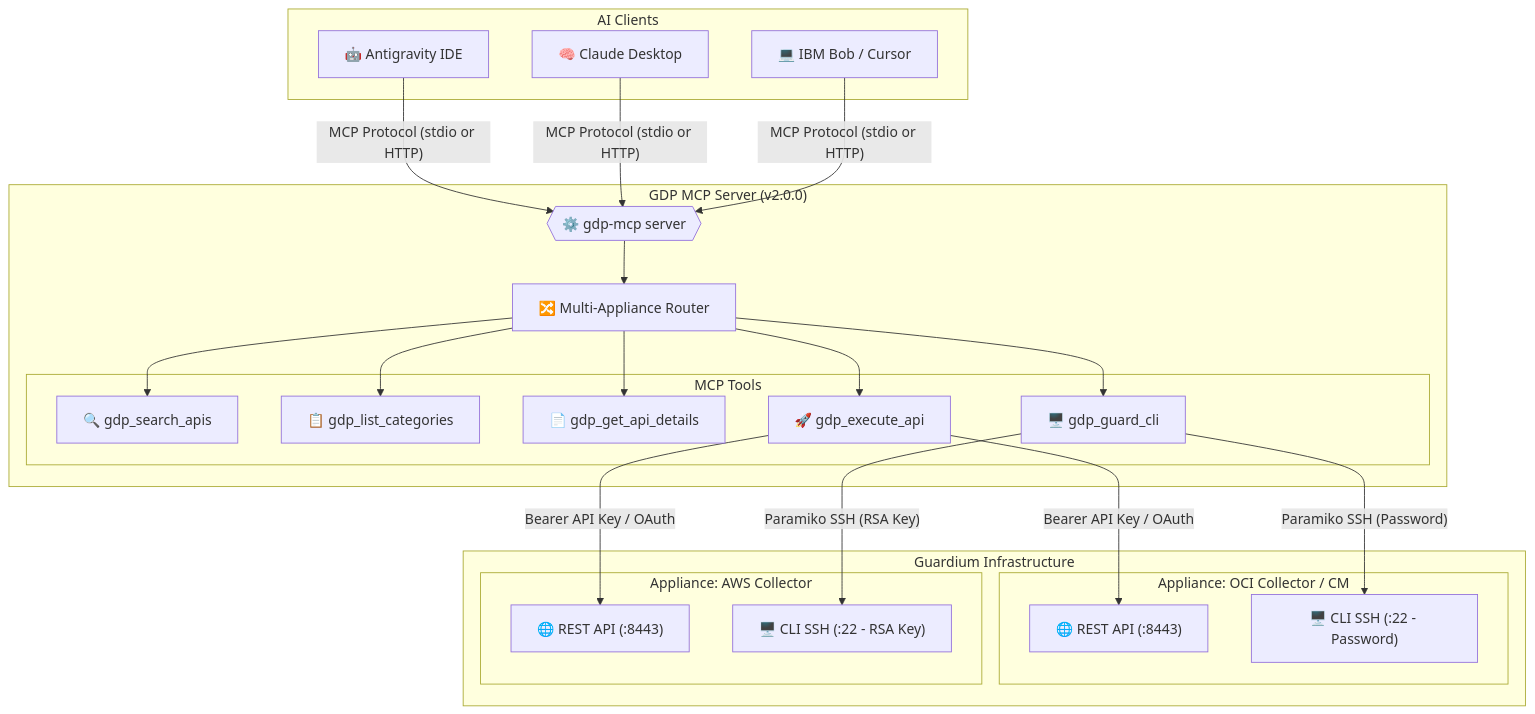
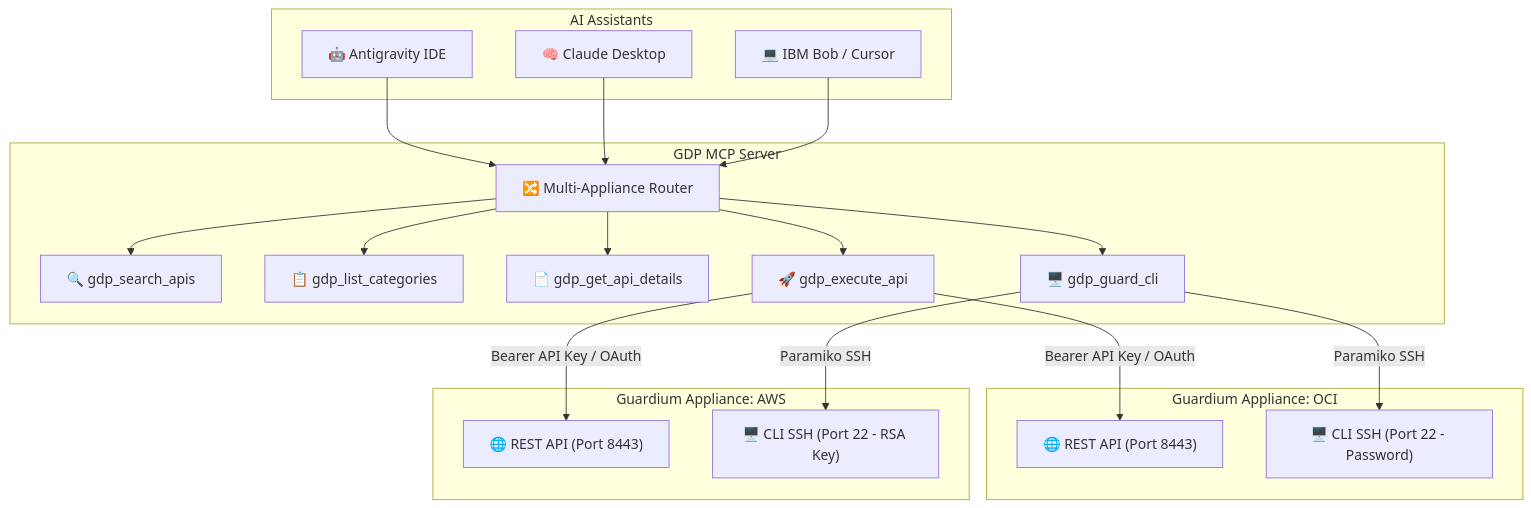
One commit to pcontramaestre/gdp-mcp-server changed the diagram in README.md. Above: the diagram before and after it, drawn with Mermaid.

Commit message:
docs: enrich README with upstream attribution, setup guide, and fix GitHub Mermaid rendering

````diff
--- a/README.md
+++ b/README.md
@@ -38,40 +38,43 @@
 ```mermaid
-%%{init: {'theme': 'default'}}%%
 flowchart TB
-    subgraph "AI Clients"
+    subgraph clients ["AI Assistants"]
         A1["🤖 Antigravity IDE"]
         A2["🧠 Claude Desktop"]
         A3["💻 IBM Bob / Cursor"]
     end
 
-    subgraph "GDP MCP Server (v2.0.0)"
-        MCP{{"⚙️ gdp-mcp server"}}
-        subgraph "MCP Tools"
-            T1["🔍 gdp_search_apis"]
-            T2["📋 gdp_list_categories"]
-            T3["📄 gdp_get_api_details"]
-            T4["🚀 gdp_execute_api"]
-            T5["🖥️ gdp_guard_cli"]
-        end
+    subgraph server ["GDP MCP Server"]
         ROUTER["🔀 Multi-Appliance Router"]
+        T1["🔍 gdp_search_apis"]
+        T2["📋 gdp_list_categories"]
+        T3["📄 gdp_get_api_details"]
+        T4["🚀 gdp_execute_api"]
+        T5["🖥️ gdp_guard_cli"]
     end
 
-    subgraph "Guardium Infrastructure"
-        subgraph "Appliance: OCI Collector / CM"
-            OCI_API["🌐 REST API (:8443)"]
-            OCI_CLI["🖥️ CLI SSH (:22 - Password)"]
-        end
-        subgraph "Appliance: AWS Collector"
-            AWS_API["🌐 REST API (:8443)"]
-            AWS_CLI["🖥️ CLI SSH (:22 - RSA Key)"]
-        end
+    subgraph oci ["Guardium Appliance: OCI"]
+        OCI_API["🌐 REST API (Port 8443)"]
+        OCI_CLI["🖥️ CLI SSH (Port 22 - Password)"]
     end
 
-    A1 & A2 & A3 -->|"MCP Protocol (stdio or HTTP)"| MCP
-    MCP --> ROUTER
-    ROUTER --> T1 & T2 & T3 & T4 & T5
+    subgraph aws ["Guardium Appliance: AWS"]
+        AWS_API["🌐 REST API (Port 8443)"]
+        AWS_CLI["🖥️ CLI SSH (Port 22 - RSA Key)"]
+    end
 
-    T4 -->|"Bearer API Key / OAuth"| OCI_API & AWS_API
-    T5 -->|"Paramiko SSH (Password)"| OCI_CLI
-    T5 -->|"Paramiko SSH (RSA Key)"| AWS_CLI
+    A1 --> ROUTER
+    A2 --> ROUTER
+    A3 --> ROUTER
+
+    ROUTER --> T1
+    ROUTER --> T2
+    ROUTER --> T3
+    ROUTER --> T4
+    ROUTER --> T5
+
+    T4 -->|"Bearer API Key / OAuth"| OCI_API
+    T4 -->|"Bearer API Key / OAuth"| AWS_API
+
+    T5 -->|"Paramiko SSH"| OCI_CLI
+    T5 -->|"Paramiko SSH"| AWS_CLI
 ```
````
